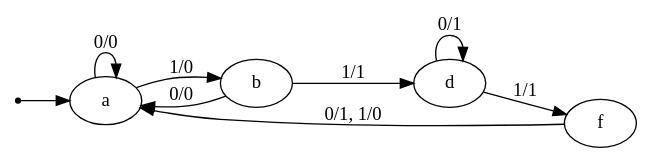
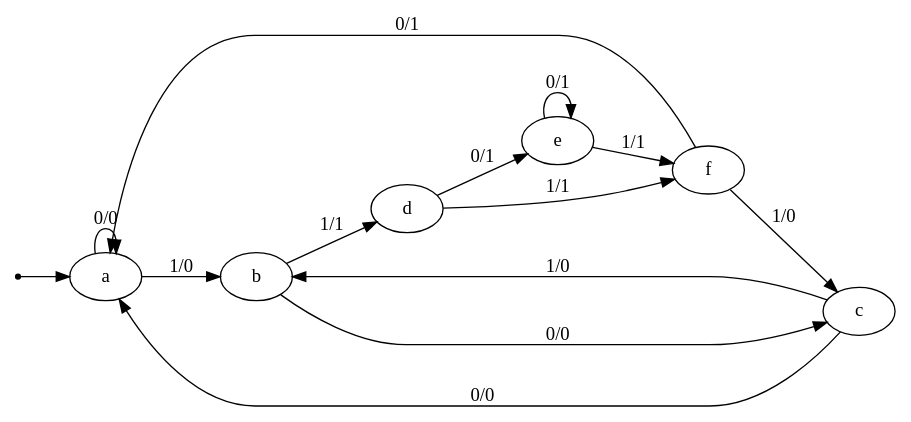
The diagram in example/myTest/testcase/test1/input.dot (Ting-Tech/StateMinimization), drawn with Graphviz before and after one commit. The commit also changed 16 other files, not shown here.

```diff
--- a/example/myTest/testcase/test1/input.dot
+++ b/example/myTest/testcase/test1/input.dot
@@ -1,18 +1,25 @@
 digraph STG {
 	rankdir=LR;
 
 	INIT [shape=point];
 	a [label="a"];
 	b [label="b"];
+	c [label="c"];
 	d [label="d"];
+	e [label="e"];
 	f [label="f"];
 
 	INIT -> a;
 	a -> a [label="0/0"];
 	a -> b [label="1/0"];
-	b -> a [label="0/0"];
+	b -> c [label="0/0"];
 	b -> d [label="1/1"];
-	d -> d [label="0/1"];
+	c -> a [label="0/0"];
+	c -> b [label="1/0"];
+	d -> e [label="0/1"];
 	d -> f [label="1/1"];
-	f -> a [label="0/1, 1/0"];
+	e -> e [label="0/1"];
+	e -> f [label="1/1"];
+	f -> a [label="0/1"];
+	f -> c [label="1/0"];
 }
```
